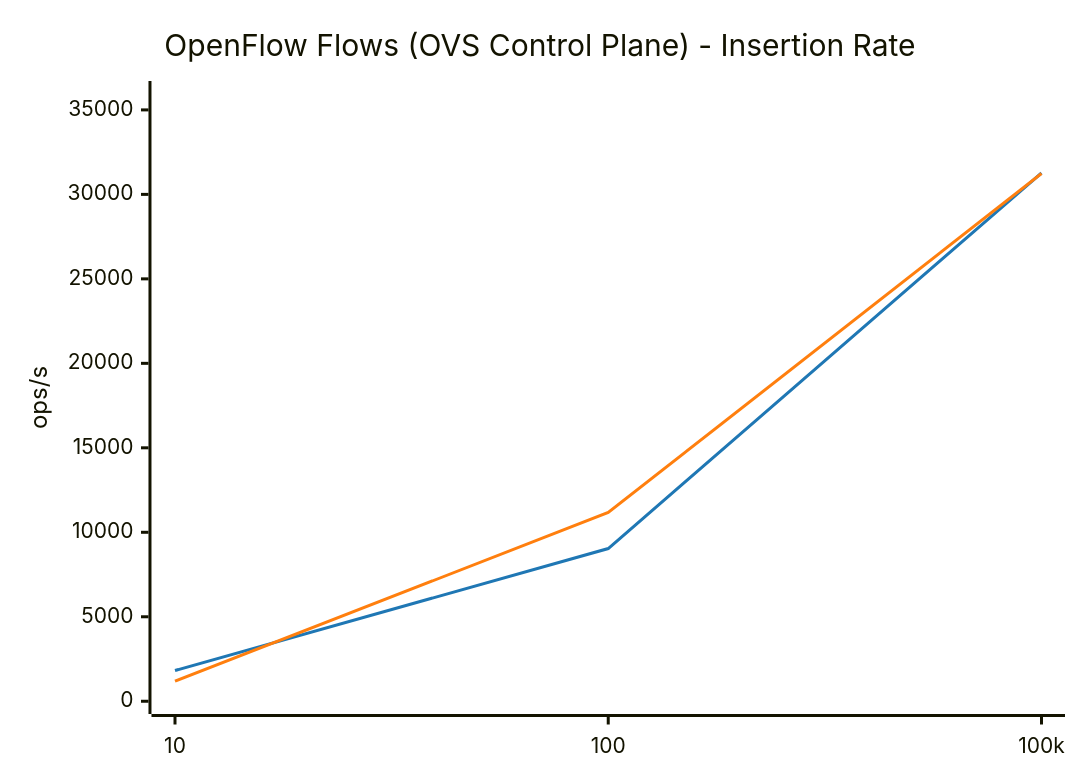
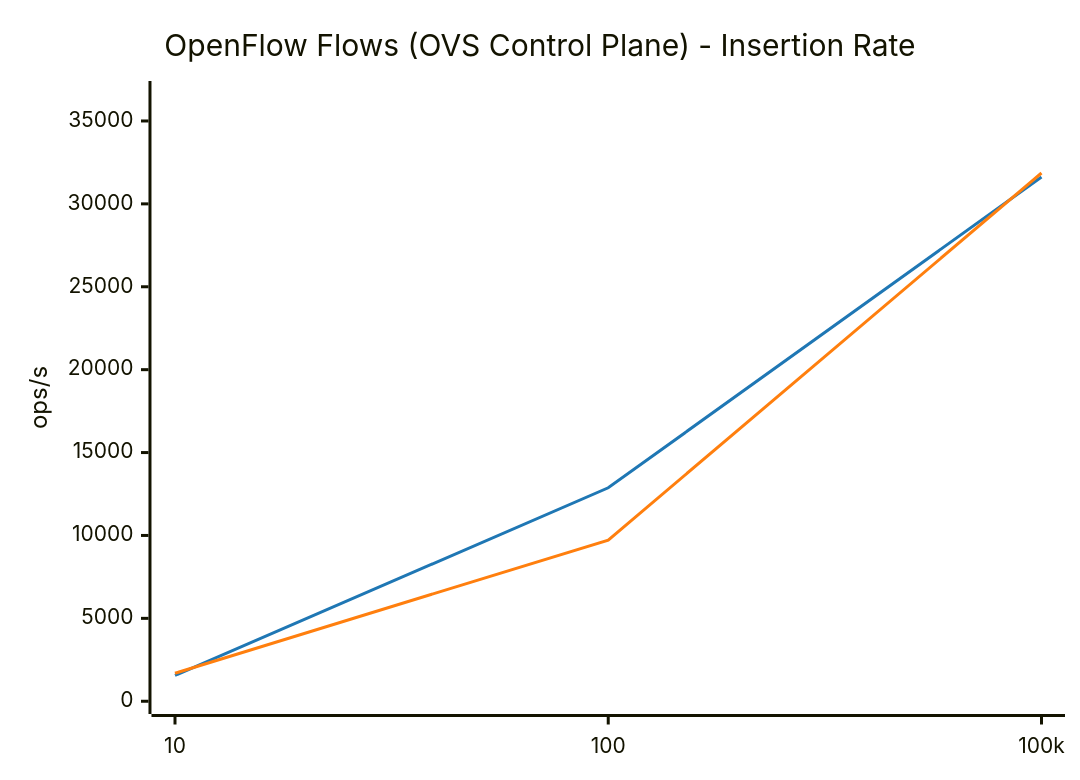
Before and after one commit to LionelJouin/ovs-ovn-bench: the seventh of 8 diagrams in results/BENCHMARK_REPORT.md, drawn with Mermaid. The commit also changed other lines of this file and 2 other files, not shown here.

````diff
--- a/results/BENCHMARK_REPORT.md
+++ b/results/BENCHMARK_REPORT.md
@@ -143,14 +289,14 @@
 ```mermaid
 ---
 config:
     themeVariables:
         xyChart:
             plotColorPalette: "#1f77b4, #ff7f0e"
 ---
 xychart-beta
     title "OpenFlow Flows (OVS Control Plane) - Insertion Rate"
     x-axis ["10", "100", "100k"]
-    y-axis "ops/s" 0 --> 35956
-    line "glibc malloc" [1818.5, 9037.5, 31265.5]
-    line "jemalloc" [1191.5, 11170.7, 31236.7]
+    y-axis "ops/s" 0 --> 36642
+    line "glibc malloc" [1555.7, 12875.0, 31622.1]
+    line "jemalloc" [1691.2, 9720.1, 31862.3]
 ```
````
